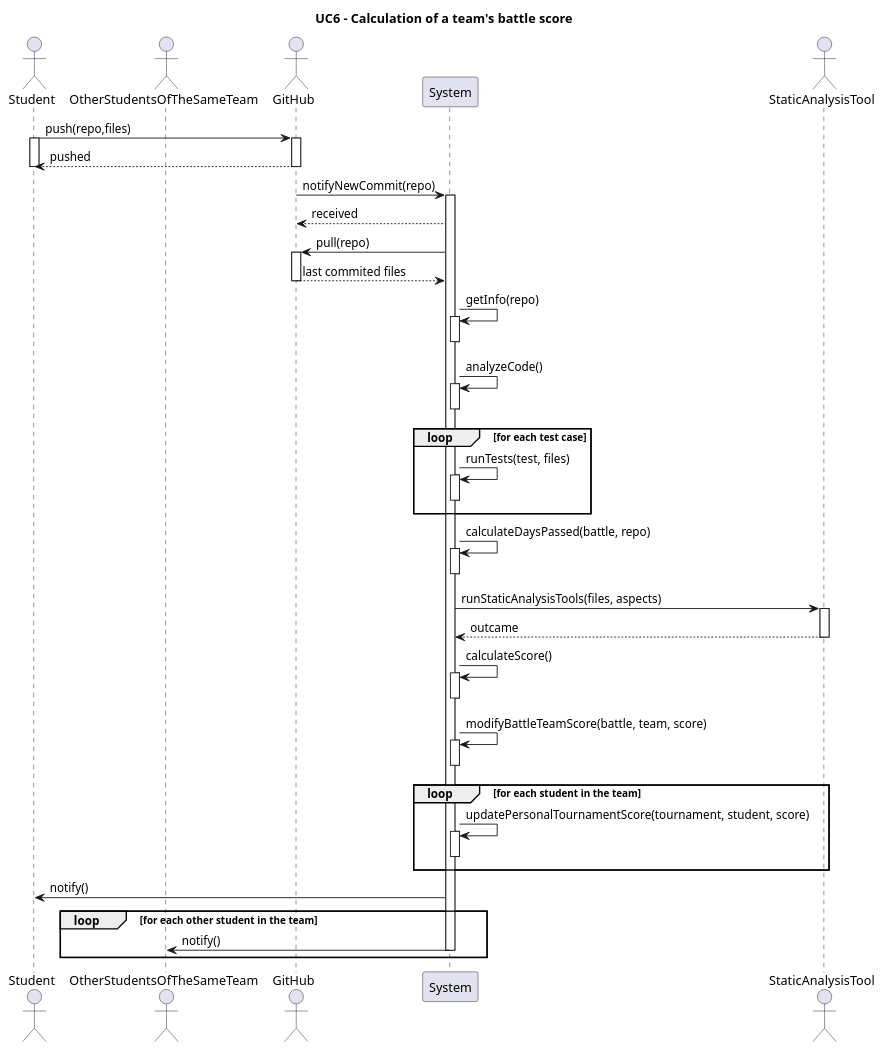
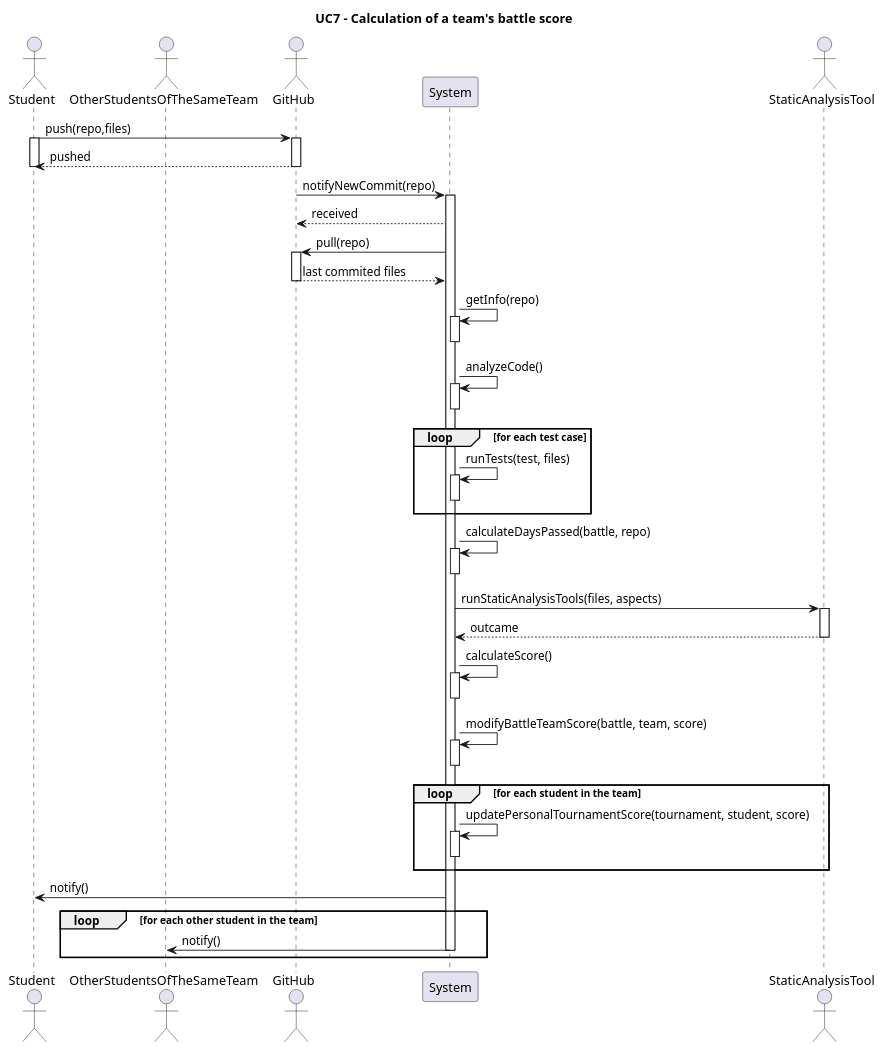
Before and after one commit to Furrrlo/CodeKataBattle: the diagram in rasd/puml/UC7.puml, drawn with PlantUML. The commit also changed 5 other files, not shown here.

Commit message:
Fix seq diagram titles

```diff
--- a/rasd/puml/UC7.puml
+++ b/rasd/puml/UC7.puml
@@ -1,60 +1,60 @@
-@startuml UC6
-title UC6 - Calculation of a team's battle score
+@startuml UC7
+title UC7 - Calculation of a team's battle score
 actor Student
 actor OtherStudentsOfTheSameTeam
 actor GitHub
 participant System
 actor StaticAnalysisTool
 
 Student -> GitHub ++ : push(repo,files)
 activate Student
 GitHub --> Student --: pushed
 deactivate Student
 
 
 GitHub -> System ++ : notifyNewCommit(repo)
 
 System --> GitHub : received
 
 System -> GitHub ++ : pull(repo)
 GitHub --> System --: last commited files
 
 
 System -> System ++: getInfo(repo)
 deactivate System
 
 System -> System ++: analyzeCode()
 deactivate System
 
 
 loop for each test case
     System -> System ++: runTests(test, files)
     deactivate System
 end
 
 System -> System ++: calculateDaysPassed(battle, repo)
 deactivate System
 
 System -> StaticAnalysisTool ++: runStaticAnalysisTools(files, aspects)
 StaticAnalysisTool --> System -- : outcame
 
 
 System -> System ++: calculateScore()
 deactivate System
 
 System -> System ++: modifyBattleTeamScore(battle, team, score)
 deactivate System
 
 loop for each student in the team
     System -> System ++: updatePersonalTournamentScore(tournament, student, score)
     deactivate System
 end
 
 System -> Student: notify()
 loop for each other student in the team
     System -> OtherStudentsOfTheSameTeam: notify()
     deactivate System
 end
 
 
 @enduml
```
